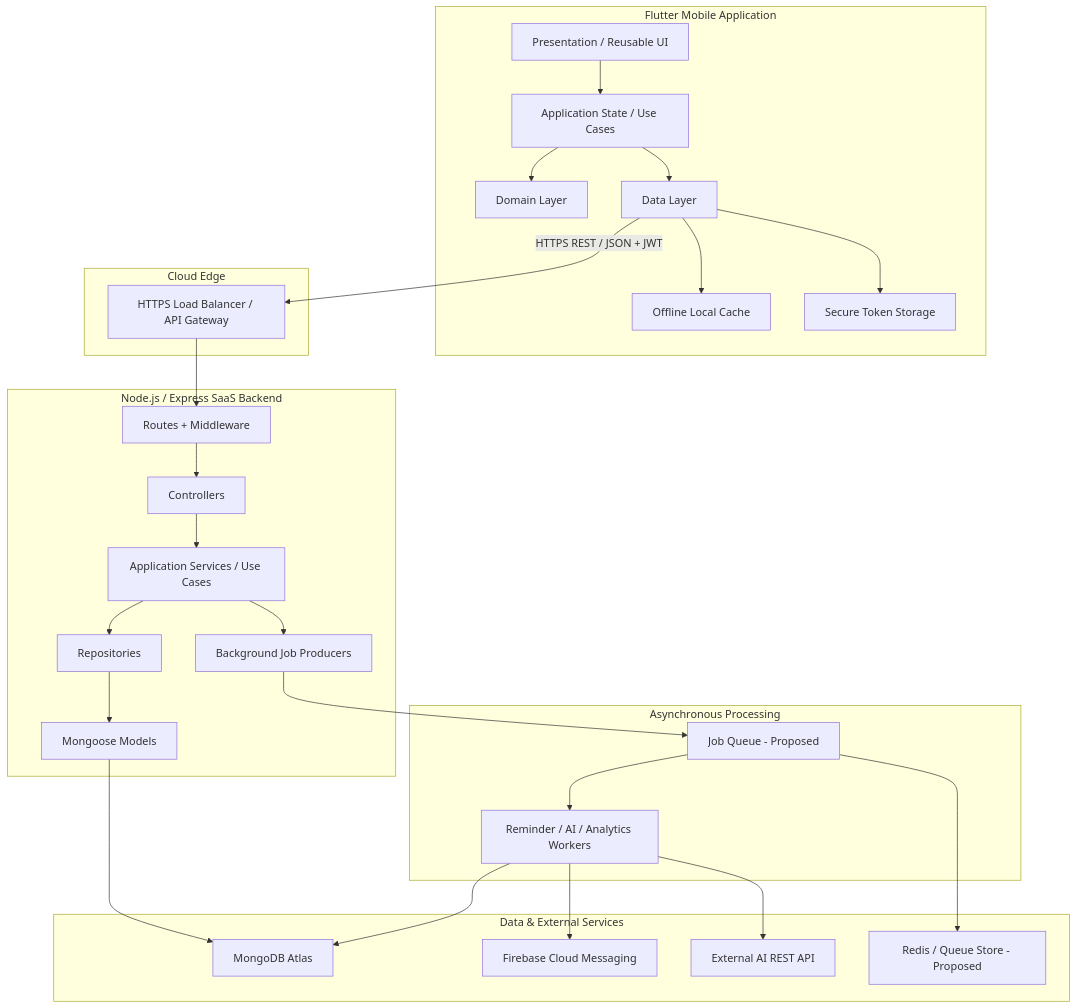
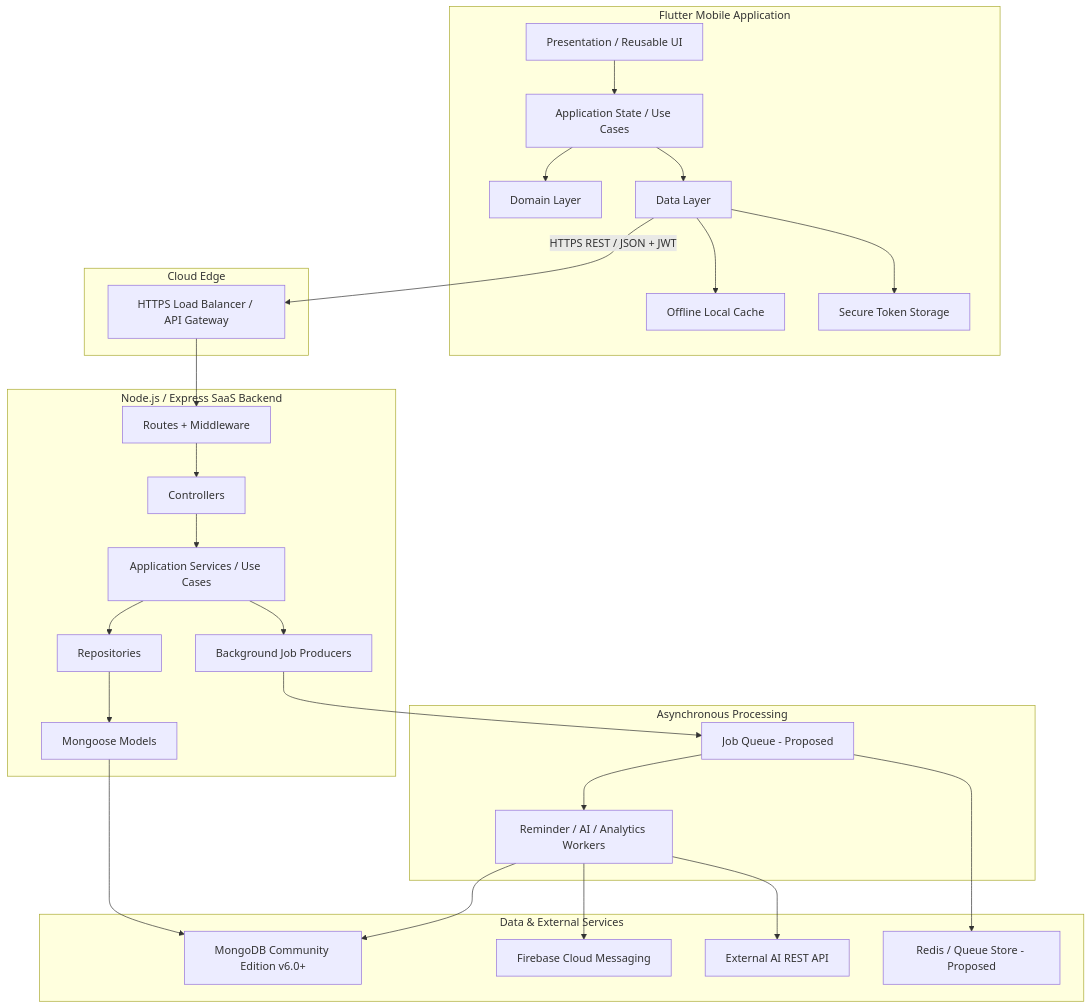
The second of 8 diagrams in docs/URUS_2026_Project_Summary_and_System_Architecture.md (AimanAqil2/URUS_Mobile), drawn with Mermaid before and after one commit. The commit also changed other lines of this file and 48 other files, not shown here.

````diff
--- a/docs/URUS_2026_Project_Summary_and_System_Architecture.md
+++ b/docs/URUS_2026_Project_Summary_and_System_Architecture.md
@@ -340,59 +332,59 @@
 ```mermaid
 flowchart TB
     subgraph Mobile["Flutter Mobile Application"]
         UI["Presentation / Reusable UI"]
         STATE["Application State / Use Cases"]
         DOMAIN["Domain Layer"]
         DATA["Data Layer"]
         CACHE["Offline Local Cache"]
         SECURE["Secure Token Storage"]
 
         UI --> STATE
         STATE --> DOMAIN
         STATE --> DATA
         DATA --> CACHE
         DATA --> SECURE
     end
 
     subgraph Edge["Cloud Edge"]
         LB["HTTPS Load Balancer / API Gateway"]
     end
 
     subgraph Backend["Node.js / Express SaaS Backend"]
         ROUTES["Routes + Middleware"]
         CONTROLLERS["Controllers"]
         SERVICES["Application Services / Use Cases"]
         REPOS["Repositories"]
         MODELS["Mongoose Models"]
         JOBS["Background Job Producers"]
 
         ROUTES --> CONTROLLERS
         CONTROLLERS --> SERVICES
         SERVICES --> REPOS
         REPOS --> MODELS
         SERVICES --> JOBS
     end
 
     subgraph Async["Asynchronous Processing"]
         QUEUE["Job Queue - Proposed"]
         WORKERS["Reminder / AI / Analytics Workers"]
         QUEUE --> WORKERS
     end
 
     subgraph Data["Data & External Services"]
-        MONGO["MongoDB Atlas"]
+        MONGO["MongoDB Community Edition v6.0+"]
         FCM["Firebase Cloud Messaging"]
         AI["External AI REST API"]
         CACHE2["Redis / Queue Store - Proposed"]
     end
 
     DATA -->|HTTPS REST / JSON + JWT| LB
     LB --> ROUTES
 
     MODELS --> MONGO
     JOBS --> QUEUE
     QUEUE --> CACHE2
     WORKERS --> MONGO
     WORKERS --> FCM
     WORKERS --> AI
 ```
````
